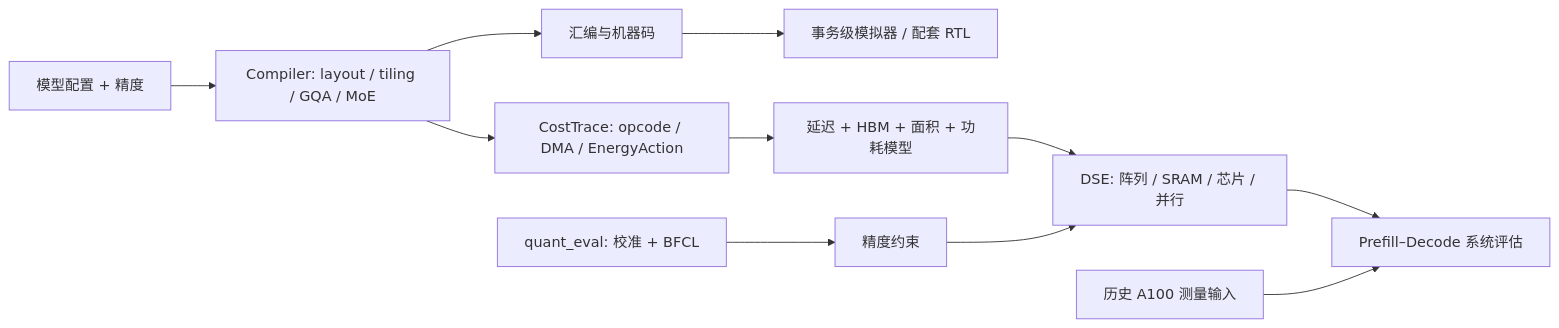
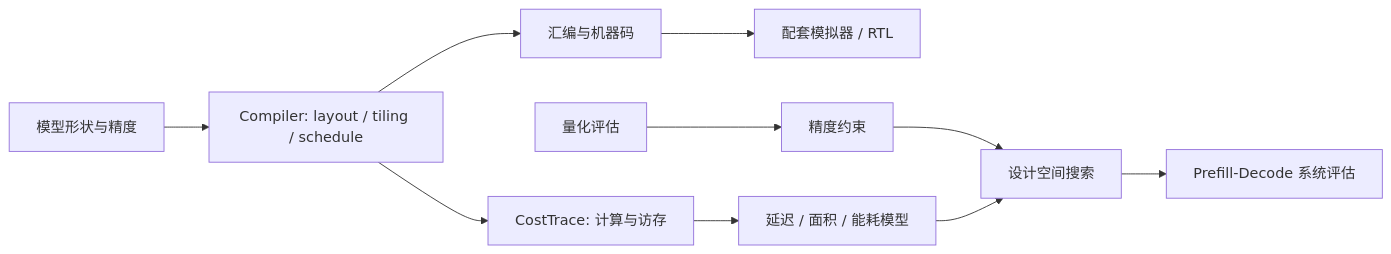
One commit to Sanssssssssssssssss/plena-software changed the diagram in README.md. Above: the diagram before and after it, drawn with Mermaid. The commit also changed other lines of this file and 3 other files, not shown here.

````diff
--- a/README.md
+++ b/README.md
@@ -9,13 +27,12 @@
 ```mermaid
 flowchart LR
-  Q[模型配置 + 精度] --> C[Compiler: layout / tiling / GQA / MoE]
+  Q[模型形状与精度] --> C[Compiler: layout / tiling / schedule]
   C --> I[汇编与机器码]
-  C --> T[CostTrace: opcode / DMA / EnergyAction]
-  I --> R[事务级模拟器 / 配套 RTL]
-  T --> M[延迟 + HBM + 面积 + 功耗模型]
-  B[quant_eval: 校准 + BFCL] --> A[精度约束]
-  M --> D[DSE: 阵列 / SRAM / 芯片 / 并行]
-  A --> D
-  D --> S[Prefill–Decode 系统评估]
-  G[历史 A100 测量输入] --> S
+  C --> T[CostTrace: 计算与访存]
+  I --> R[配套模拟器 / RTL]
+  T --> M[延迟 / 面积 / 能耗模型]
+  E[量化评估] --> A[精度约束]
+  A --> D[设计空间搜索]
+  M --> D
+  D --> S[Prefill-Decode 系统评估]
 ```
````
